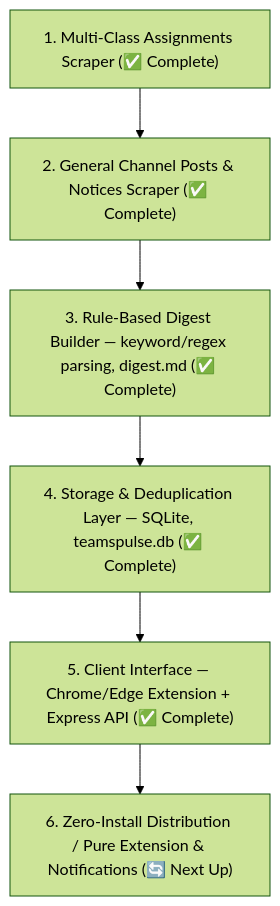
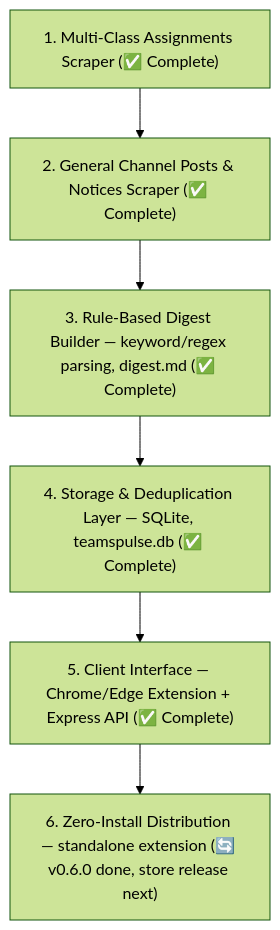
One commit to Sa-Alfy/teampulse changed the second of 2 diagrams in PROJECT_CONTEXT.md. Above: the diagram before and after it, drawn with Mermaid (forest theme). The commit also changed other lines of this file and 1 other file, not shown here.

First line of the commit message:
docs: README and PROJECT_CONTEXT for the standalone extension (v0.6.0)

````diff
--- a/PROJECT_CONTEXT.md
+++ b/PROJECT_CONTEXT.md
@@ -280,11 +288,11 @@
 ```mermaid
 flowchart TD
     Step1["1. Multi-Class Assignments Scraper (✅ Complete)"]
     Step2["2. General Channel Posts & Notices Scraper (✅ Complete)"]
     Step3["3. Rule-Based Digest Builder — keyword/regex parsing, digest.md (✅ Complete)"]
     Step4["4. Storage & Deduplication Layer — SQLite, teamspulse.db (✅ Complete)"]
     Step5["5. Client Interface — Chrome/Edge Extension + Express API (✅ Complete)"]
-    Step6["6. Zero-Install Distribution / Pure Extension & Notifications (🔄 Next Up)"]
+    Step6["6. Zero-Install Distribution — standalone extension (🔄 v0.6.0 done, store release next)"]
     
     Step1 --> Step2 --> Step3 --> Step4 --> Step5 --> Step6
 ```
````
